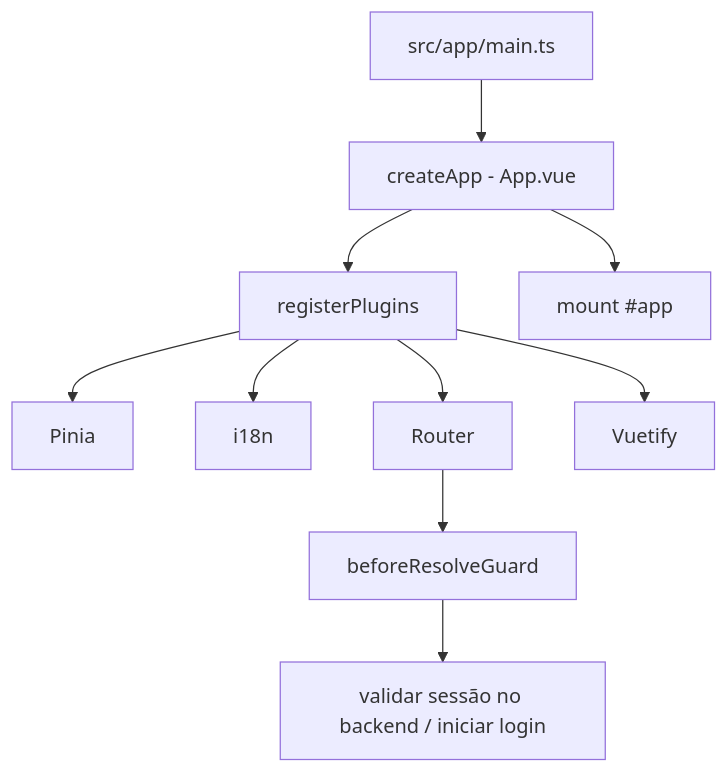
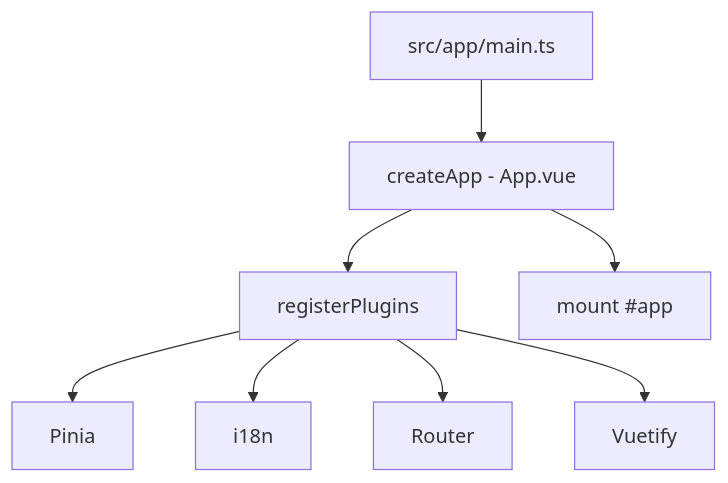
One commit to andre-menezes/vue-template changed the second of 2 diagrams in docs/ARCHITECTURE-GUIDE.md. Above: the diagram before and after it, drawn with Mermaid. The commit also changed other lines of this file and 31 other files, not shown here.

````diff
--- a/docs/ARCHITECTURE-GUIDE.md
+++ b/docs/ARCHITECTURE-GUIDE.md
@@ -161,12 +157,10 @@
 ```mermaid
 flowchart TD
   A[src/app/main.ts] --> B[createApp - App.vue]
   B --> C[registerPlugins]
   C --> D[Pinia]
   C --> E[i18n]
   C --> F[Router]
   C --> G[Vuetify]
-  F --> H[beforeResolveGuard]
-  H --> I[validar sessão no backend / iniciar login]
   B --> J[mount #app]
 ```
````
